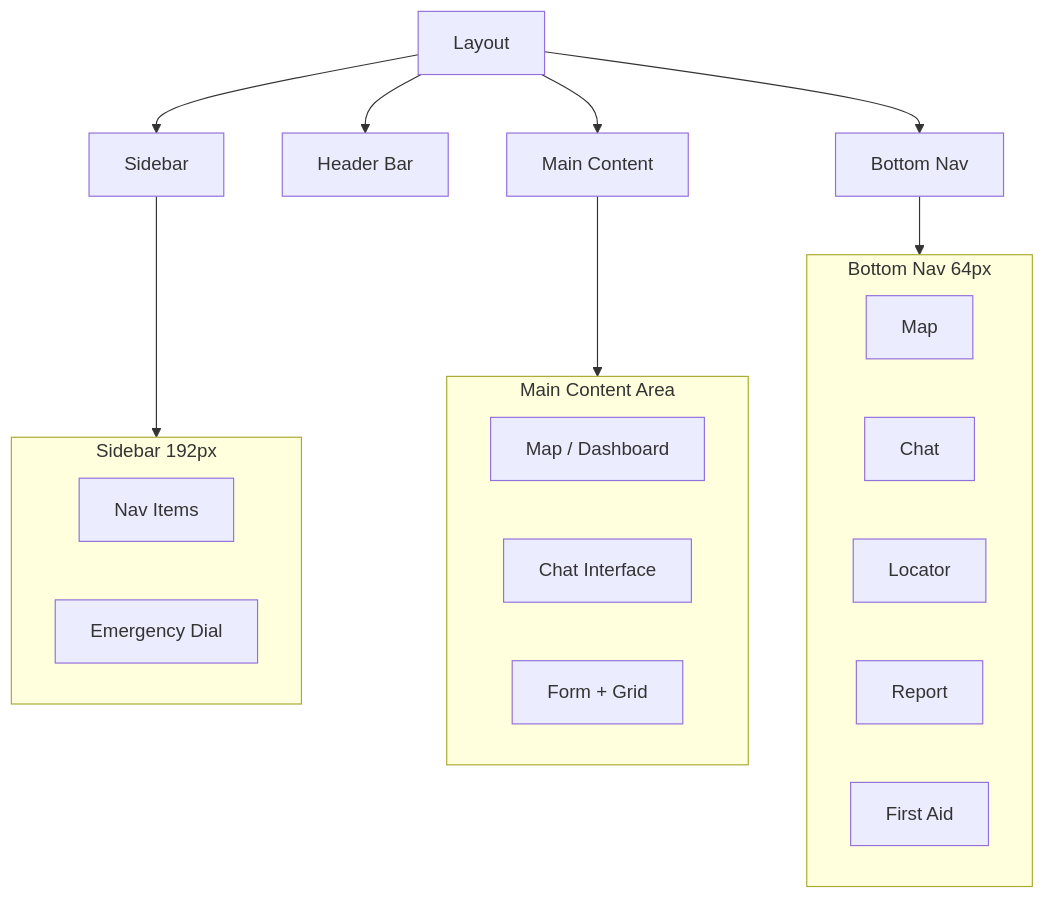
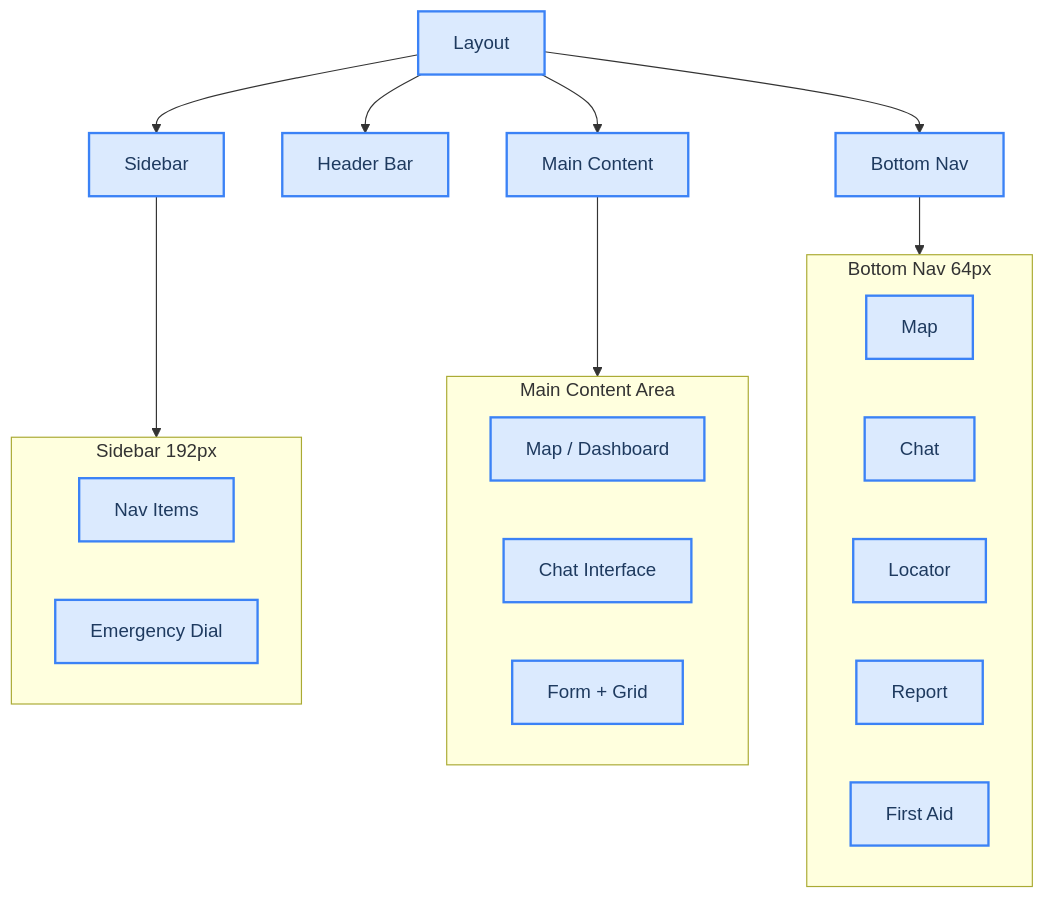
The third of 3 diagrams in docs/architecture/DESIGN.md (SafeVixAI/SafeVixAI), drawn with Mermaid before and after one commit. The commit also changed other lines of this file and 85 other files, not shown here.

Commit message:
docs: Fix Mermaid diagrams, resolve relative link warnings, and ensure clean mkdocs build

````diff
--- a/docs/architecture/DESIGN.md
+++ b/docs/architecture/DESIGN.md
@@ -152,30 +170,39 @@
 ```mermaid
 flowchart TB
-    L[Layout] --> S[Sidebar]
-    L --> H[Header Bar]
-    L --> M[Main Content]
-    L --> B[Bottom Nav]
+    classDef edge fill:#dbeafe,stroke:#3b82f6,stroke-width:2px,color:#1e3a5f
+    classDef control fill:#dcfce7,stroke:#22c55e,stroke-width:2px,color:#14532d
+    classDef ai fill:#f3e8ff,stroke:#a855f7,stroke-width:2px,color:#581c87
+    classDef data fill:#fef3c7,stroke:#f59e0b,stroke-width:2px,color:#78350f
+    classDef security fill:#fee2e2,stroke:#ef4444,stroke-width:2px,color:#7f1d1d
+    classDef external fill:#f1f5f9,stroke:#94a3b8,stroke-width:2px,stroke-dasharray:5 5,color:#334155
+    classDef decision fill:#e0e7ff,stroke:#6366f1,stroke-width:2px,color:#312e81
+    classDef success fill:#d1fae5,stroke:#10b981,stroke-width:2px,color:#064e3b
+
+    L["Layout"]:::edge --> S["Sidebar"]:::edge
+    L --> H["Header Bar"]:::edge
+    L --> M["Main Content"]:::edge
+    L --> B["Bottom Nav"]:::edge
 
     subgraph Sidebar2["Sidebar 192px"]
-        SN[Nav Items]
-        ED[Emergency Dial]
+        SN["Nav Items"]:::edge
+        ED["Emergency Dial"]:::edge
     end
 
     subgraph Main2["Main Content Area"]
-        MP[Map / Dashboard]
-        CH[Chat Interface]
-        FG[Form + Grid]
+        MP["Map / Dashboard"]:::edge
+        CH["Chat Interface"]:::edge
+        FG["Form + Grid"]:::edge
     end
 
     subgraph Bottom2["Bottom Nav 64px"]
-        T1[Map]
-        T2[Chat]
-        T3[Locator]
-        T4[Report]
-        T5[First Aid]
+        T1["Map"]:::edge
+        T2["Chat"]:::edge
+        T3["Locator"]:::edge
+        T4["Report"]:::edge
+        T5["First Aid"]:::edge
     end
 
     S --> Sidebar2
     M --> Main2
     B --> Bottom2
 ```
````
